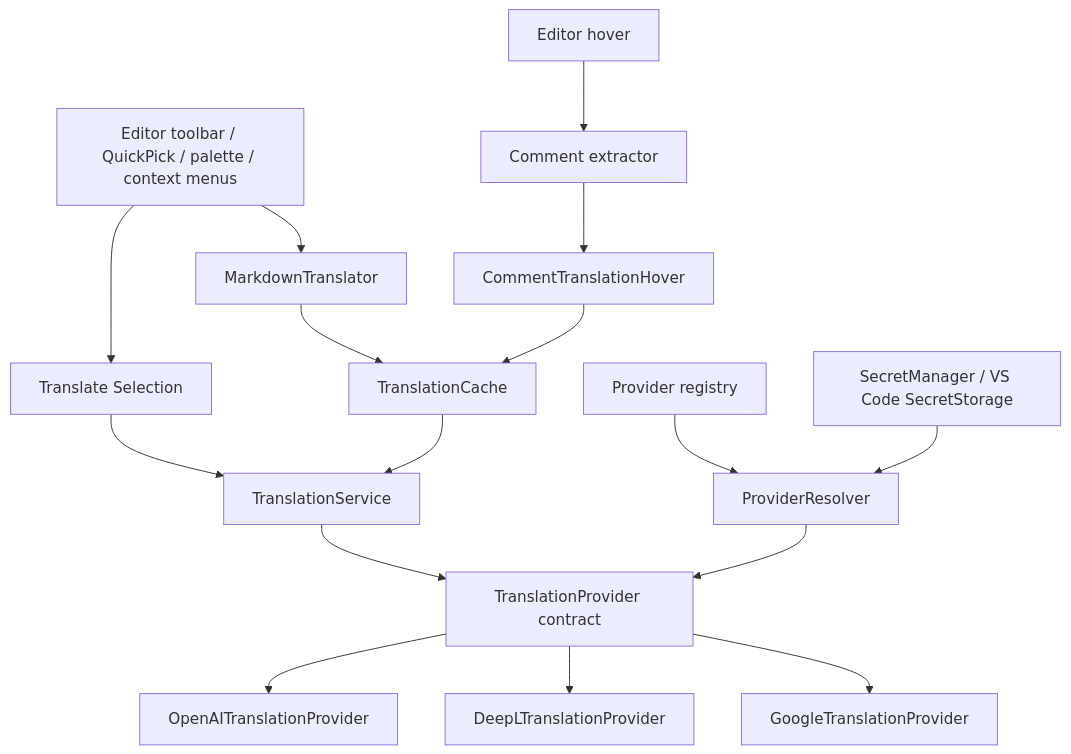
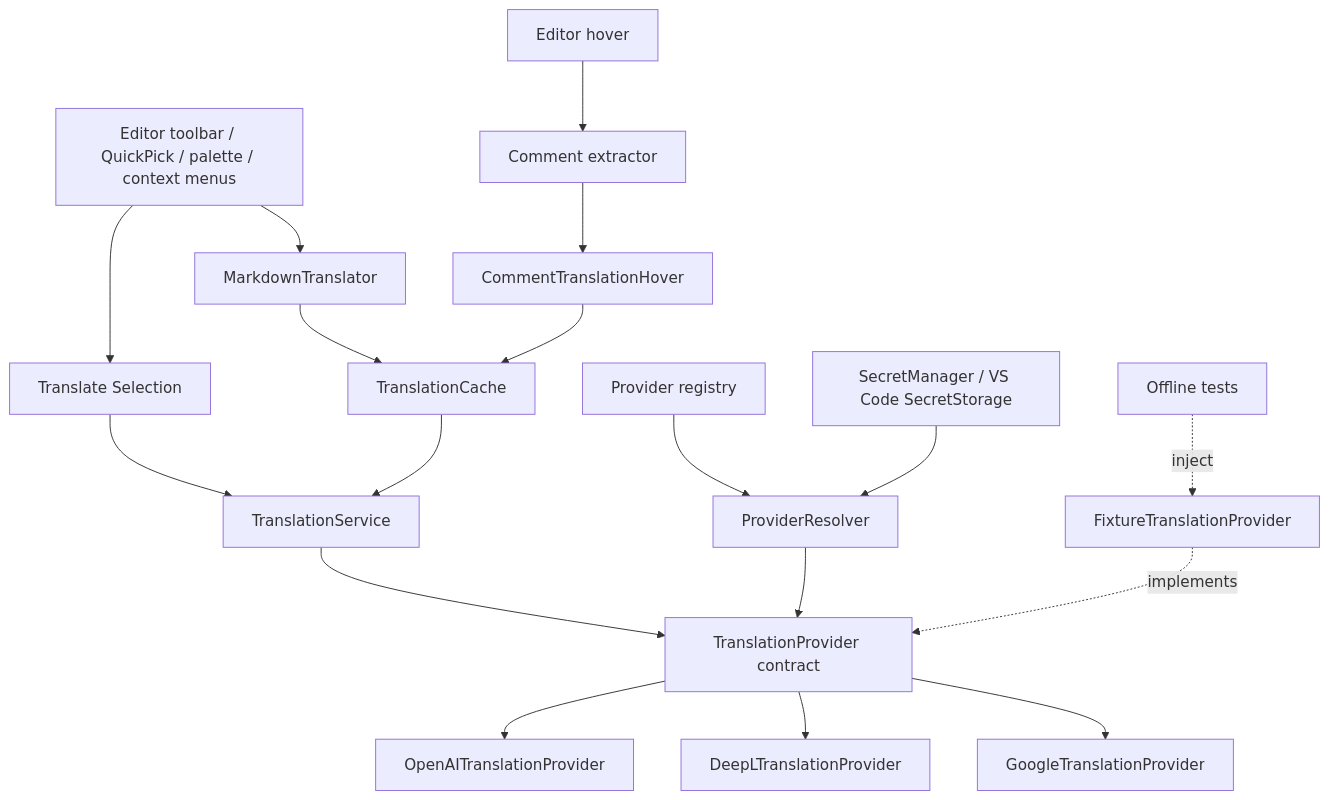
The diagram in docs/architecture.md (AndrixNg1/DevLingo), drawn with Mermaid before and after one commit. The commit also changed other lines of this file and 7 other files, not shown here.

````diff
--- a/docs/architecture.md
+++ b/docs/architecture.md
@@ -3,18 +5,20 @@
 ```mermaid
 flowchart TD
     UX[Editor toolbar / QuickPick / palette / context menus] --> Selection[Translate Selection]
     UX --> Markdown[MarkdownTranslator]
     Editor[Editor hover] --> Extractor[Comment extractor]
     Extractor --> Hover[CommentTranslationHover]
     Markdown --> Cache[TranslationCache]
     Hover --> Cache
     Selection --> Service[TranslationService]
     Cache --> Service
     Service --> Contract[TranslationProvider contract]
     Contract --> OpenAI[OpenAITranslationProvider]
     Contract --> DeepL[DeepLTranslationProvider]
     Contract --> Google[GoogleTranslationProvider]
     Registry[Provider registry] --> Resolver[ProviderResolver]
     Secrets[SecretManager / VS Code SecretStorage] --> Resolver
     Resolver --> Contract
+    Tests[Offline tests] -. inject .-> Fixture[FixtureTranslationProvider]
+    Fixture -. implements .-> Contract
 ```
````
